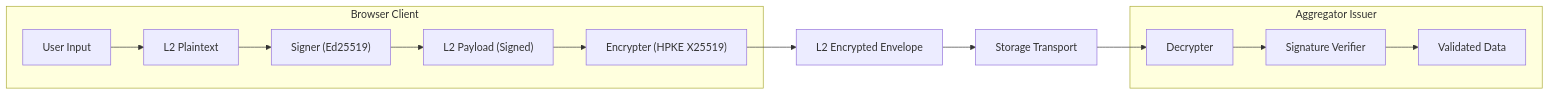
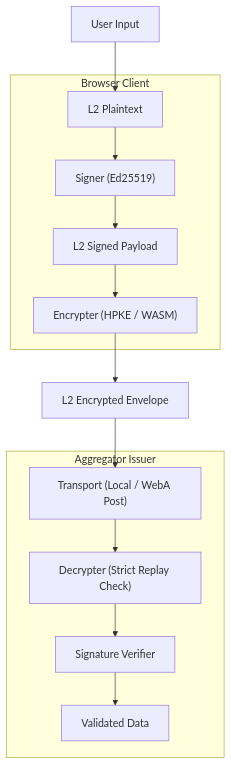
One commit to masanork/srn changed the first of 10 diagrams in sites/srn/content/web-a-tech-presentation.md. Above: the diagram before and after it, drawn with Mermaid. The commit also changed other lines of this file and 10 other files, not shown here.

Commit message:
feat: update Web/A architecture from 3-layer to 4-layer model and add new paper on API vs Document Economy.

````diff
--- a/sites/srn/content/web-a-tech-presentation.md
+++ b/sites/srn/content/web-a-tech-presentation.md
@@ -272,27 +279,20 @@
 ```mermaid
-flowchart LR
+flowchart TD
     User["User Input"] --> Plain["L2 Plaintext"]
-    Plain --> Sign["Signer (Ed25519)"]
-    Sign --> Signed["L2 Payload (Signed)"]
-    Signed --> Encrypt["Encrypter (HPKE X25519)"]
+    
+    subgraph browser ["Browser Client"]
+        Plain --> Sign["Signer (Ed25519)"]
+        Sign --> Signed["L2 Signed Payload"]
+        Signed --> Encrypt["Encrypter (HPKE / WASM)"]
+    end
+    
     Encrypt --> Envelope["L2 Encrypted Envelope"]
     
-    subgraph browser ["Browser Client"]
-        User
-        Plain
-        Sign
-        Signed
-        Encrypt
-    end
+    Envelope --> Storage["Transport (Local / WebA Post)"]
     
-    Envelope --> Storage["Storage Transport"]
-    Storage --> Decrypt["Decrypter"]
-    Decrypt --> Verify["Signature Verifier"]
-    Verify --> Data["Validated Data"]
-
     subgraph aggregator ["Aggregator Issuer"]
-        Decrypt
-        Verify
-        Data
+        Storage --> Decrypt["Decrypter (Strict Replay Check)"]
+        Decrypt --> Verify["Signature Verifier"]
+        Verify --> Data["Validated Data"]
     end
 ```
````
